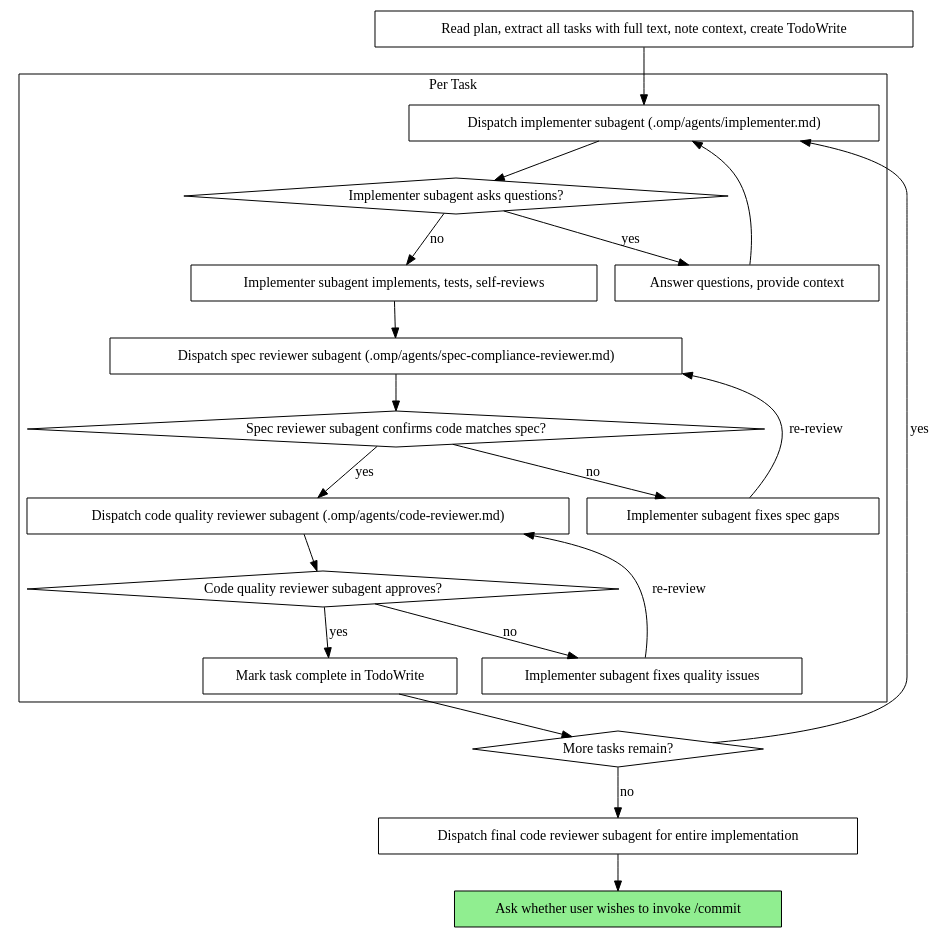
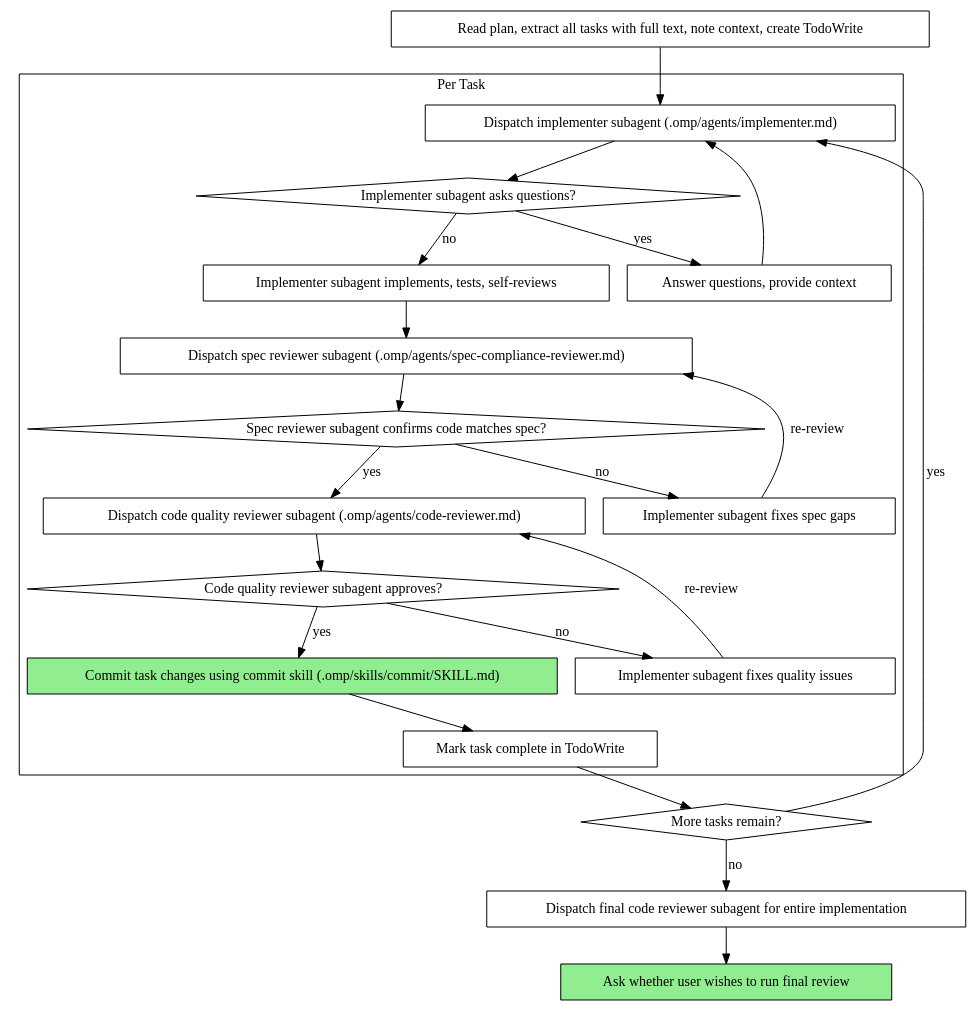
One commit to JG1995/fm-valuescout changed the second of 2 diagrams in .omp/skills/execute-plan/SKILL.md. Above: the diagram before and after it, drawn with Graphviz. The commit also changed other lines of this file, not shown here.

First line of the commit message:
docs(execute-plan): add per-task commit workflow after reviews

````diff
--- a/.omp/skills/execute-plan/SKILL.md
+++ b/.omp/skills/execute-plan/SKILL.md
@@ -40,44 +40,46 @@
 ```dot
 digraph process {
     rankdir=TB;
 
     subgraph cluster_per_task {
         label="Per Task";
         "Dispatch implementer subagent (.omp/agents/implementer.md)" [shape=box];
         "Implementer subagent asks questions?" [shape=diamond];
         "Answer questions, provide context" [shape=box];
         "Implementer subagent implements, tests, self-reviews" [shape=box];
         "Dispatch spec reviewer subagent (.omp/agents/spec-compliance-reviewer.md)" [shape=box];
         "Spec reviewer subagent confirms code matches spec?" [shape=diamond];
         "Implementer subagent fixes spec gaps" [shape=box];
         "Dispatch code quality reviewer subagent (.omp/agents/code-reviewer.md)" [shape=box];
         "Code quality reviewer subagent approves?" [shape=diamond];
         "Implementer subagent fixes quality issues" [shape=box];
+        "Commit task changes using commit skill (.omp/skills/commit/SKILL.md)" [shape=box style=filled fillcolor=lightgreen];
         "Mark task complete in TodoWrite" [shape=box];
     }
 
     "Read plan, extract all tasks with full text, note context, create TodoWrite" [shape=box];
     "More tasks remain?" [shape=diamond];
     "Dispatch final code reviewer subagent for entire implementation" [shape=box];
-    "Ask whether user wishes to invoke /commit" [shape=box style=filled fillcolor=lightgreen];
+    "Ask whether user wishes to run final review" [shape=box style=filled fillcolor=lightgreen];
 
     "Read plan, extract all tasks with full text, note context, create TodoWrite" -> "Dispatch implementer subagent (.omp/agents/implementer.md)";
     "Dispatch implementer subagent (.omp/agents/implementer.md)" -> "Implementer subagent asks questions?";
     "Implementer subagent asks questions?" -> "Answer questions, provide context" [label="yes"];
     "Answer questions, provide context" -> "Dispatch implementer subagent (.omp/agents/implementer.md)";
     "Implementer subagent asks questions?" -> "Implementer subagent implements, tests, self-reviews" [label="no"];
     "Implementer subagent implements, tests, self-reviews" -> "Dispatch spec reviewer subagent (.omp/agents/spec-compliance-reviewer.md)";
     "Dispatch spec reviewer subagent (.omp/agents/spec-compliance-reviewer.md)" -> "Spec reviewer subagent confirms code matches spec?";
     "Spec reviewer subagent confirms code matches spec?" -> "Implementer subagent fixes spec gaps" [label="no"];
     "Implementer subagent fixes spec gaps" -> "Dispatch spec reviewer subagent (.omp/agents/spec-compliance-reviewer.md)" [label="re-review"];
     "Spec reviewer subagent confirms code matches spec?" -> "Dispatch code quality reviewer subagent (.omp/agents/code-reviewer.md)" [label="yes"];
     "Dispatch code quality reviewer subagent (.omp/agents/code-reviewer.md)" -> "Code quality reviewer subagent approves?";
     "Code quality reviewer subagent approves?" -> "Implementer subagent fixes quality issues" [label="no"];
     "Implementer subagent fixes quality issues" -> "Dispatch code quality reviewer subagent (.omp/agents/code-reviewer.md)" [label="re-review"];
-    "Code quality reviewer subagent approves?" -> "Mark task complete in TodoWrite" [label="yes"];
+    "Code quality reviewer subagent approves?" -> "Commit task changes using commit skill (.omp/skills/commit/SKILL.md)" [label="yes"];
+    "Commit task changes using commit skill (.omp/skills/commit/SKILL.md)" -> "Mark task complete in TodoWrite";
     "Mark task complete in TodoWrite" -> "More tasks remain?";
     "More tasks remain?" -> "Dispatch implementer subagent (.omp/agents/implementer.md)" [label="yes"];
     "More tasks remain?" -> "Dispatch final code reviewer subagent for entire implementation" [label="no"];
-    "Dispatch final code reviewer subagent for entire implementation" -> "Ask whether user wishes to invoke /commit";
+    "Dispatch final code reviewer subagent for entire implementation" -> "Ask whether user wishes to run final review";
 }
 ```
````
